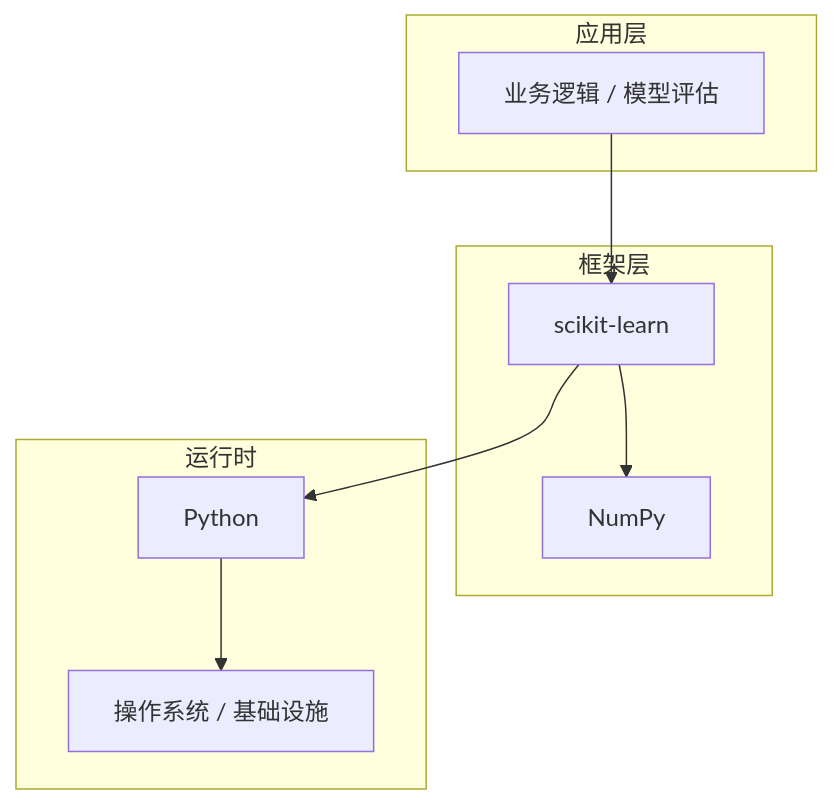
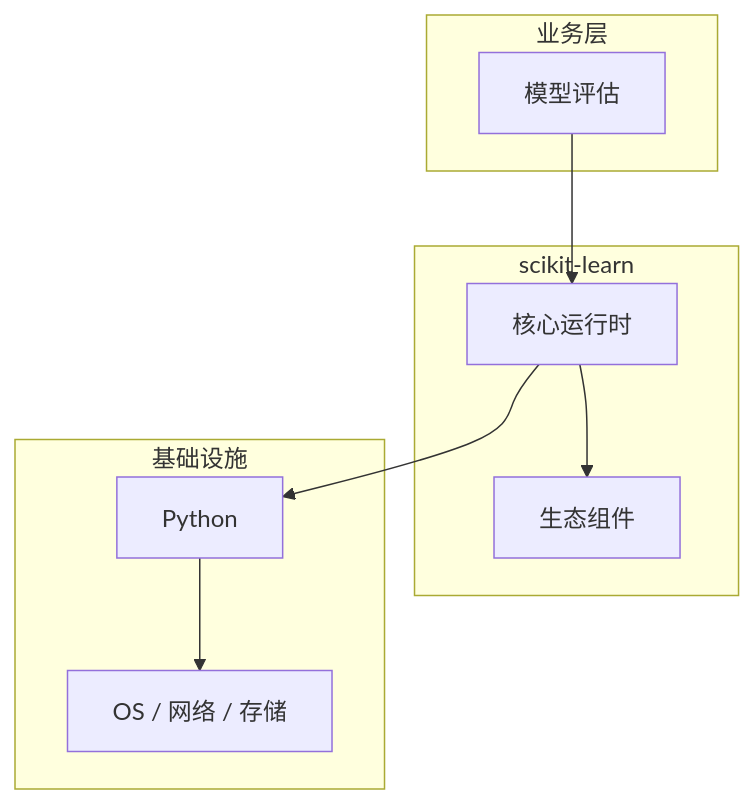
Before and after one commit to yanggan2015/knowledge-json-v2: the diagram in articles/机器学习/chapters/099-模型评估核心概念与原理.md, drawn with Mermaid. The commit also changed other lines of this file and 10127 other files, not shown here.

````diff
--- a/articles/机器学习/chapters/099-模型评估核心概念与原理.md
+++ b/articles/机器学习/chapters/099-模型评估核心概念与原理.md
@@ -45,18 +30,18 @@
 ```mermaid
 graph TB
-    subgraph 应用层
-        A[业务逻辑 / 模型评估]
+    subgraph 业务层
+        A[模型评估]
     end
-    subgraph 框架层
-        B[scikit-learn]
-        C[NumPy]
+    subgraph scikit-learn
+        B[核心运行时]
+        C[生态组件]
     end
-    subgraph 运行时
+    subgraph 基础设施
         D[Python]
-        E[操作系统 / 基础设施]
+        E[OS / 网络 / 存储]
     end
     A --> B
     B --> C
     B --> D
     D --> E
 ```
````
